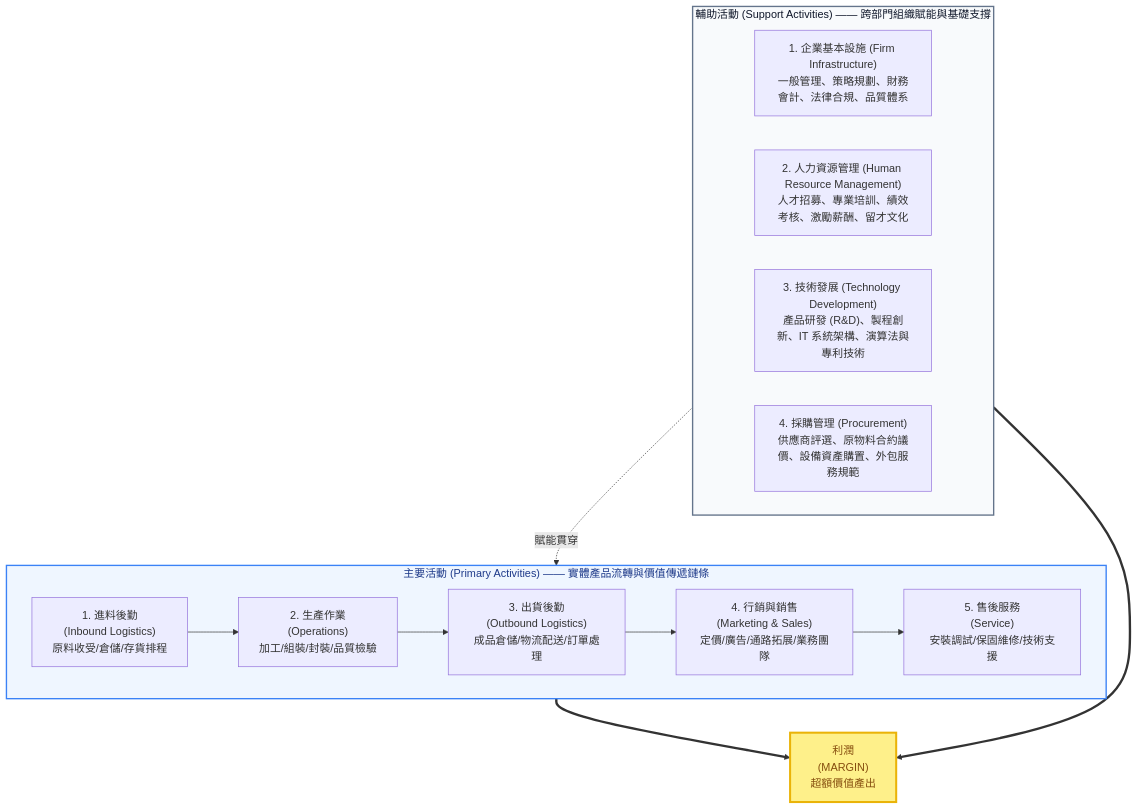
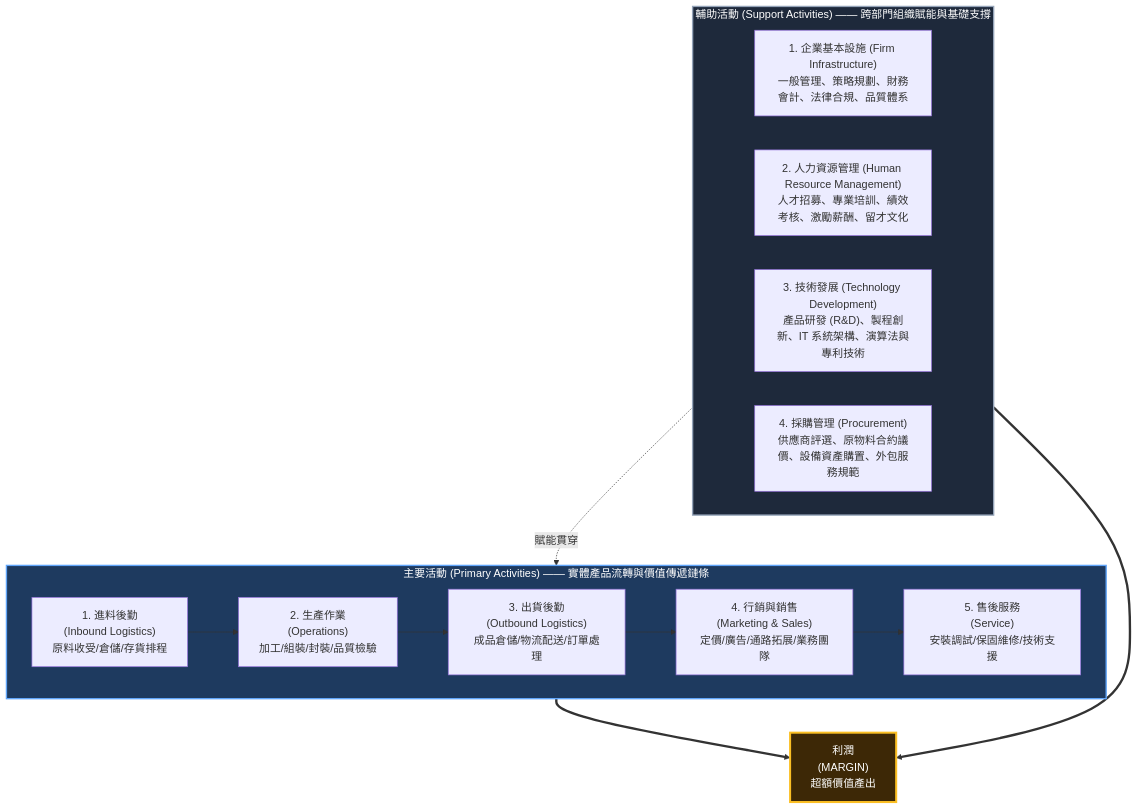
The first of 3 diagrams in src/site/notes/98_商業概念庫/Firm_Value_Chain_企業價值鏈.md (Jimlin0428/my-digital-garden), drawn with Mermaid before and after one commit. The commit also changed 58 other files, not shown here.

````diff
--- a/src/site/notes/98_商業概念庫/Firm_Value_Chain_企業價值鏈.md
+++ b/src/site/notes/98_商業概念庫/Firm_Value_Chain_企業價值鏈.md
@@ -31,28 +31,28 @@
 ```mermaid
 flowchart TB
     subgraph SupportActivities ["輔助活動 (Support Activities) —— 跨部門組織賦能與基礎支撐"]
         A1["1. 企業基本設施 (Firm Infrastructure)<br>一般管理、策略規劃、財務會計、法律合規、品質體系"]
         A2["2. 人力資源管理 (Human Resource Management)<br>人才招募、專業培訓、績效考核、激勵薪酬、留才文化"]
         A3["3. 技術發展 (Technology Development)<br>產品研發 (R&D)、製程創新、IT 系統架構、演算法與專利技術"]
         A4["4. 採購管理 (Procurement)<br>供應商評選、原物料合約議價、設備資產購置、外包服務規範"]
     end
 
     subgraph PrimaryActivities ["主要活動 (Primary Activities) —— 實體產品流轉與價值傳遞鏈條"]
         direction LR
         P1["1. 進料後勤<br>(Inbound Logistics)<br>原料收受/倉儲/存貨排程"]
         P2["2. 生產作業<br>(Operations)<br>加工/組裝/封裝/品質檢驗"]
         P3["3. 出貨後勤<br>(Outbound Logistics)<br>成品倉儲/物流配送/訂單處理"]
         P4["4. 行銷與銷售<br>(Marketing & Sales)<br>定價/廣告/通路拓展/業務團隊"]
         P5["5. 售後服務<br>(Service)<br>安裝調試/保固維修/技術支援"]
         
         P1 --> P2 --> P3 --> P4 --> P5
     end
 
     SupportActivities -.->|賦能貫穿| PrimaryActivities
     PrimaryActivities ==> MARGIN["利潤<br>(MARGIN)<br>超額價值產出"]
     SupportActivities ==> MARGIN
 
-    style MARGIN fill:#fef08a,stroke:#eab308,stroke-width:3px,color:#854d0e
-    style PrimaryActivities fill:#eff6ff,stroke:#3b82f6,stroke-width:2px,color:#1e3a8a
-    style SupportActivities fill:#f8fafc,stroke:#64748b,stroke-width:2px,color:#0f172a
+    style MARGIN fill:#3d2806,stroke:#fbbf24,stroke-width:3px,color:#ffffff
+    style PrimaryActivities fill:#1e3a5f,stroke:#60a5fa,stroke-width:2px,color:#ffffff
+    style SupportActivities fill:#1e293b,stroke:#94a3b8,stroke-width:2px,color:#ffffff
 ```
````
